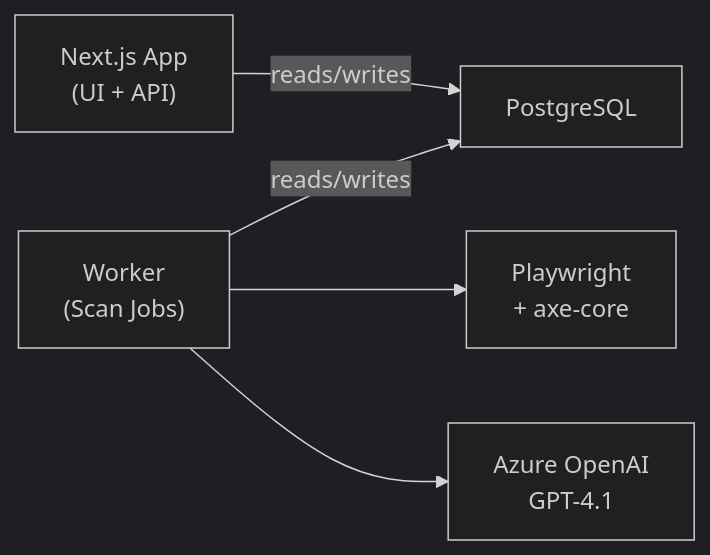
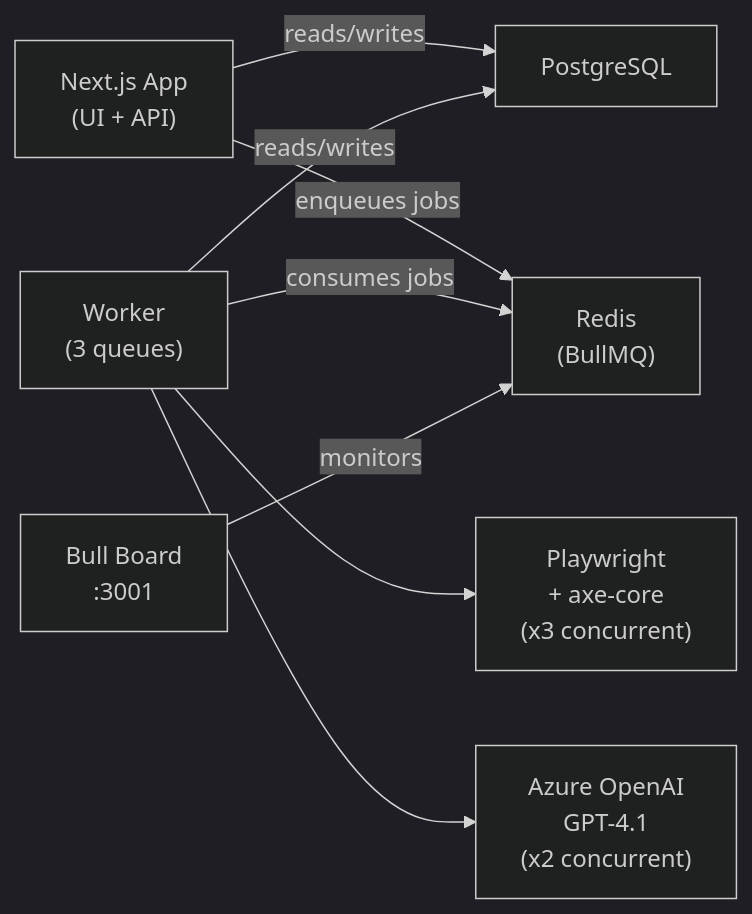
One commit to thepranaygupta/clearsight changed the first of 2 diagrams in README.md. Above: the diagram before and after it, drawn with Mermaid (dark theme). The commit also changed other lines of this file and 3 other files, not shown here.

````diff
--- a/README.md
+++ b/README.md
@@ -15,7 +17,10 @@
 ```mermaid
 graph LR
   App["Next.js App<br/>(UI + API)"] -->|reads/writes| DB["PostgreSQL"]
-  Worker["Worker<br/>(Scan Jobs)"] -->|reads/writes| DB
-  Worker --> PW["Playwright<br/>+ axe-core"]
-  Worker --> AI["Azure OpenAI<br/>GPT-4.1"]
+  App -->|enqueues jobs| Redis["Redis<br/>(BullMQ)"]
+  Worker["Worker<br/>(3 queues)"] -->|reads/writes| DB
+  Worker -->|consumes jobs| Redis
+  Worker --> PW["Playwright<br/>+ axe-core<br/>(x3 concurrent)"]
+  Worker --> AI["Azure OpenAI<br/>GPT-4.1<br/>(x2 concurrent)"]
+  BullBoard["Bull Board<br/>:3001"] -->|monitors| Redis
 ```
````
